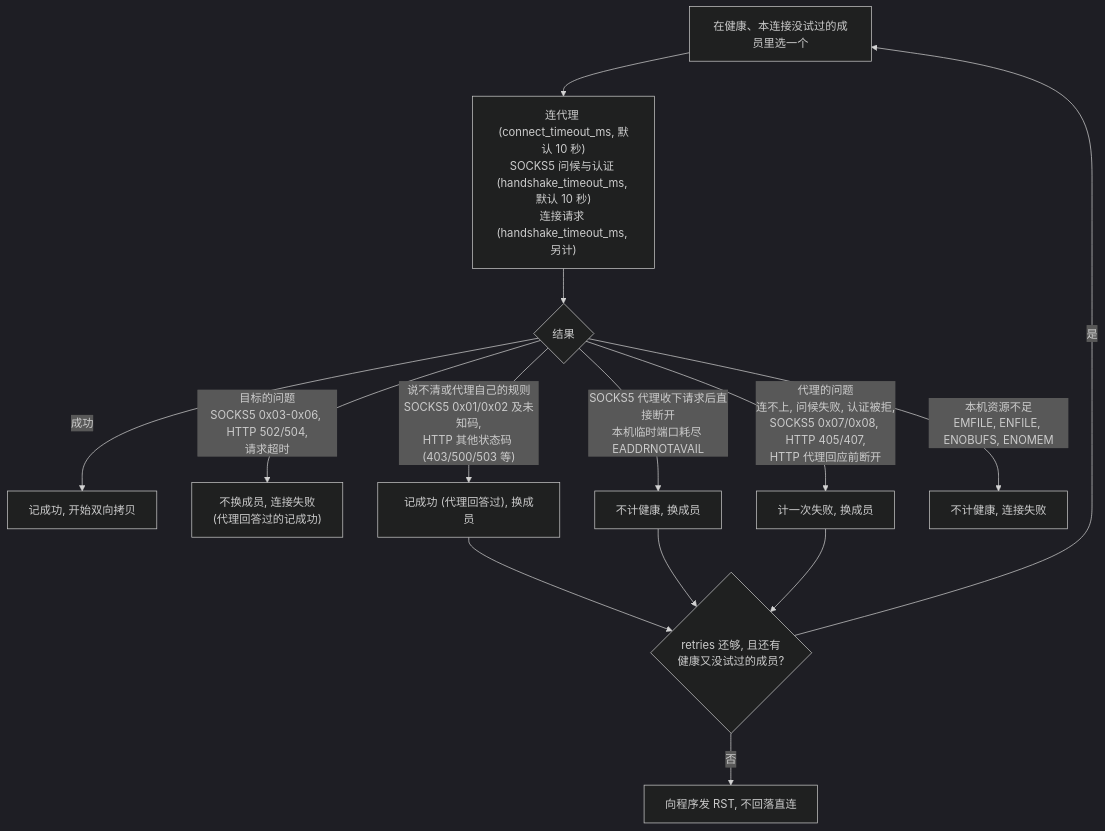
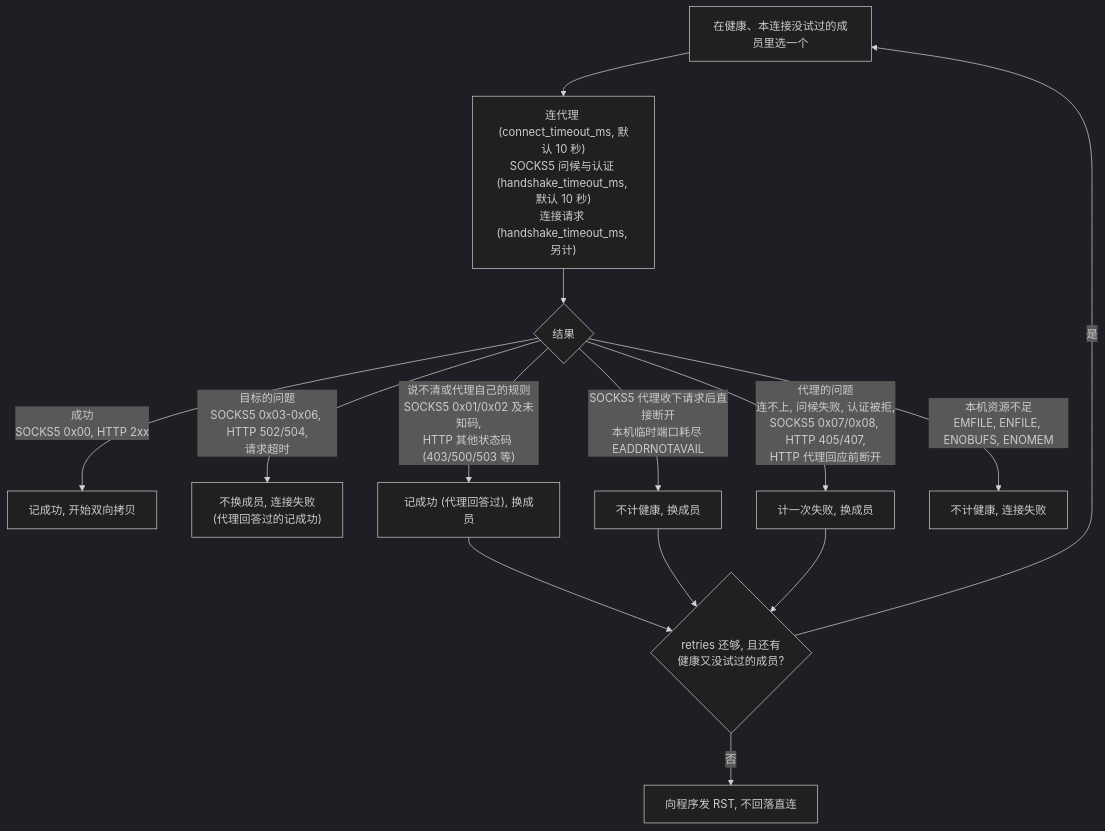
The first of 2 diagrams in docs/architecture/operations.md (moonshawdo/proxytun), drawn with Mermaid (dark theme) before and after one commit. The commit also changed 2 other files, not shown here.

Commit message:
HTTP CONNECT: any 2xx answer opens the tunnel, not only 200
RFC 9110 9.3.6 makes every 2xx a success; a proxy answering 201 or 204
was taken for a refusal. The failure-class diagram now names the success
codes (SOCKS5 0x00, HTTP 2xx).

Gate: new test failed before (201/299 refused) and passes; full suites
below.

````diff
--- a/docs/architecture/operations.md
+++ b/docs/architecture/operations.md
@@ -20,16 +20,16 @@
 ```mermaid
 flowchart TD
     SEL["在健康、本连接没试过的成员里选一个"] --> D["连代理 (connect_timeout_ms, 默认 10 秒)<br/>SOCKS5 问候与认证 (handshake_timeout_ms, 默认 10 秒)<br/>连接请求 (handshake_timeout_ms, 另计)"]
     D --> RES{"结果"}
-    RES -- "成功" --> OK["记成功, 开始双向拷贝"]
+    RES -- "成功<br/>SOCKS5 0x00, HTTP 2xx" --> OK["记成功, 开始双向拷贝"]
     RES -- "目标的问题<br/>SOCKS5 0x03-0x06, HTTP 502/504,<br/>请求超时" --> TGT["不换成员, 连接失败<br/>(代理回答过的记成功)"]
     RES -- "说不清或代理自己的规则<br/>SOCKS5 0x01/0x02 及未知码,<br/>HTTP 其他状态码 (403/500/503 等)" --> ANS["记成功 (代理回答过), 换成员"]
     RES -- "SOCKS5 代理收下请求后直接断开<br/>本机临时端口耗尽 EADDRNOTAVAIL" --> ALT["不计健康, 换成员"]
     RES -- "代理的问题<br/>连不上, 问候失败, 认证被拒,<br/>SOCKS5 0x07/0x08, HTTP 405/407,<br/>HTTP 代理回应前断开" --> BAD["计一次失败, 换成员"]
     RES -- "本机资源不足<br/>EMFILE, ENFILE, ENOBUFS, ENOMEM" --> LOC["不计健康, 连接失败"]
     ANS --> MORE{"retries 还够, 且还有<br/>健康又没试过的成员?"}
     ALT --> MORE
     BAD --> MORE
     MORE -- "是" --> SEL
     MORE -- "否" --> FAIL["向程序发 RST, 不回落直连"]
 ```
````
